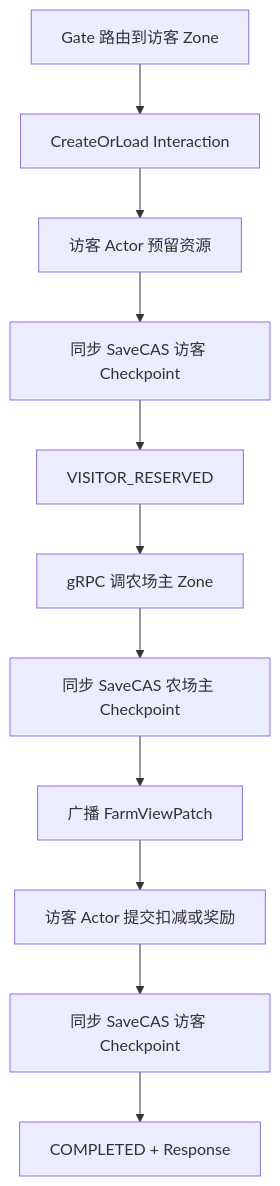
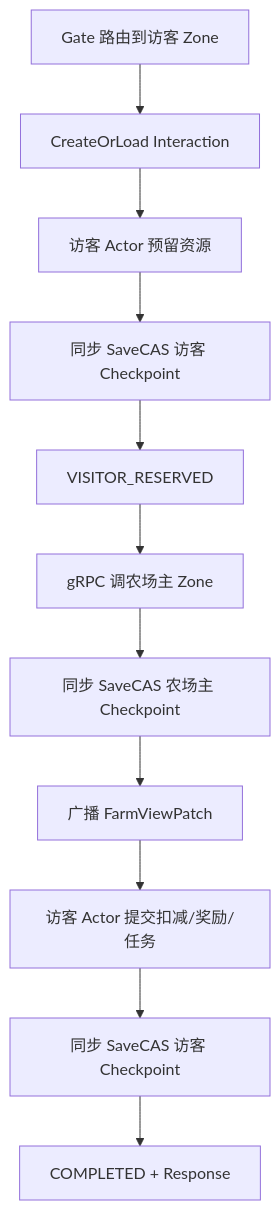
One commit to Wriosley/supernova-classic-farm changed the second of 2 diagrams in docs/plans/friend_design_plan/03-好友互动Saga详细设计.md. Above: the diagram before and after it, drawn with Mermaid. The commit also changed other lines of this file and 9 other files, not shown here.

````diff
--- a/docs/plans/friend_design_plan/03-好友互动Saga详细设计.md
+++ b/docs/plans/friend_design_plan/03-好友互动Saga详细设计.md
@@ -90,13 +120,13 @@
 ```mermaid
 flowchart TD
     Request["Gate 路由到访客 Zone"] --> Create["CreateOrLoad Interaction"]
     Create --> Reserve["访客 Actor 预留资源"]
     Reserve --> SaveV["同步 SaveCAS 访客 Checkpoint"]
     SaveV --> MarkR["VISITOR_RESERVED"]
     MarkR --> Apply["gRPC 调农场主 Zone"]
     Apply --> SaveO["同步 SaveCAS 农场主 Checkpoint"]
     SaveO --> Patch["广播 FarmViewPatch"]
-    Patch --> Commit["访客 Actor 提交扣减或奖励"]
+    Patch --> Commit["访客 Actor 提交扣减/奖励/任务"]
     Commit --> SaveC["同步 SaveCAS 访客 Checkpoint"]
     SaveC --> Done["COMPLETED + Response"]
 ```
````
